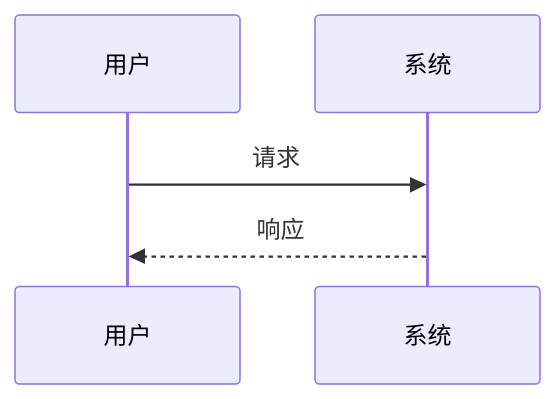
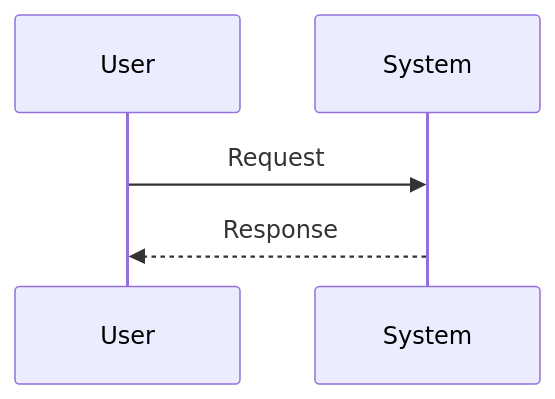
One commit to onshinpei/react-markdown-mermaid changed the third of 9 diagrams in README.md. Above: the diagram before and after it, drawn with Mermaid. The commit also changed other lines of this file and 1 other file, not shown here.

````diff
--- a/README.md
+++ b/README.md
@@ -246,7 +241,7 @@
 ```mermaid
 sequenceDiagram
-  participant 用户
-  participant 系统
-  用户->>系统: 请求
-  系统-->>用户: 响应
+  participant User
+  participant System
+  User->>System: Request
+  System-->>User: Response
 ```
````
